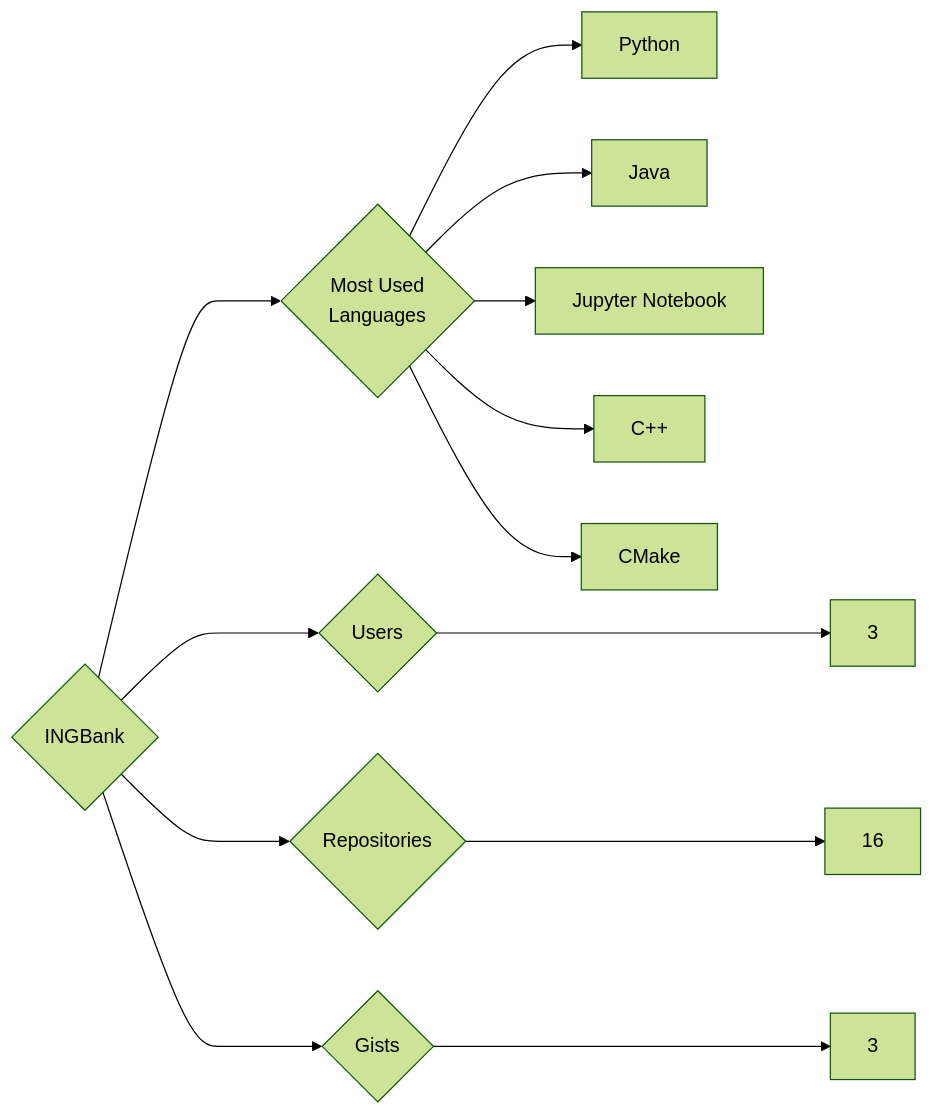
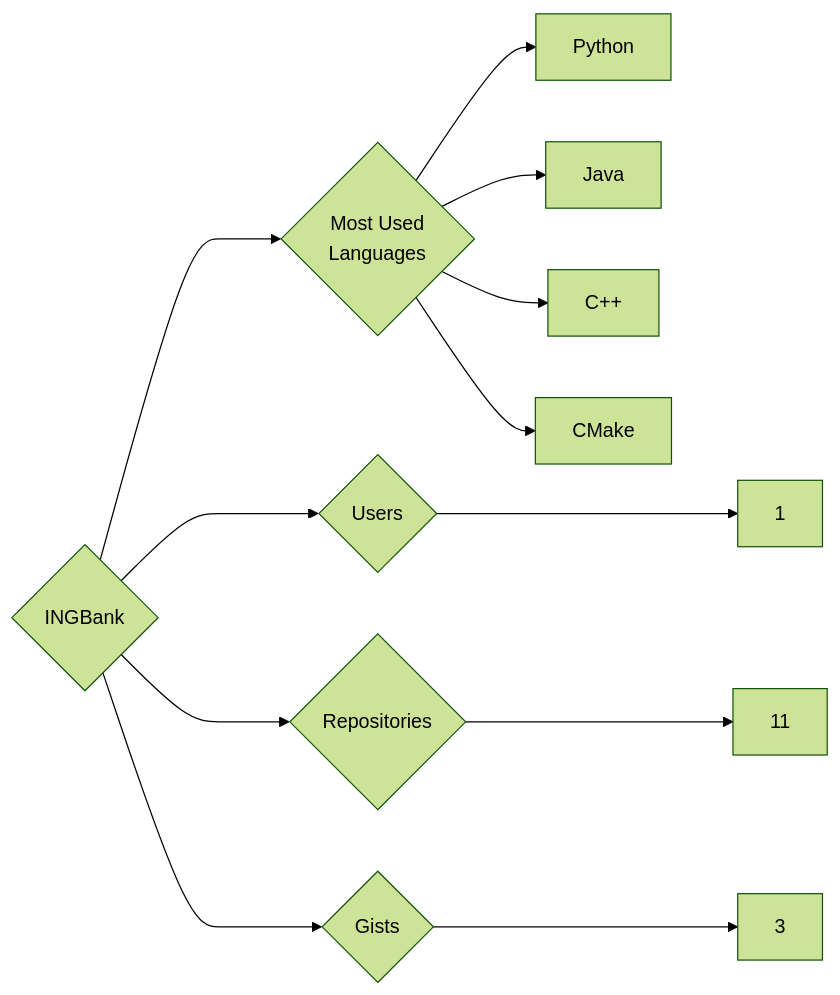
The diagram in targets/INGBank/README.md (trickest/insiders), drawn with Mermaid (forest theme) before and after one commit. The commit also changed 1036 other files, not shown here.

````diff
--- a/targets/INGBank/README.md
+++ b/targets/INGBank/README.md
@@ -3,13 +3,12 @@
 ```mermaid
 graph LR
 COMPANY_NAME{INGBank}
-COMPANY_NAME ---> U{Users} ---> UN[3]
-COMPANY_NAME ---> R{Repositories} ---> RN[16]
+COMPANY_NAME ---> U{Users} ---> UN[1]
+COMPANY_NAME ---> R{Repositories} ---> RN[11]
 COMPANY_NAME ---> G{Gists} ---> GN[3]
 COMPANY_NAME ---> ML{Most Used<br>Languages}
 ML --> Python[Python]
 ML --> Java[Java]
-ML --> Jupyter_Notebook[Jupyter Notebook]
 ML --> C++[C++]
 ML --> CMake[CMake]
 ```
````
